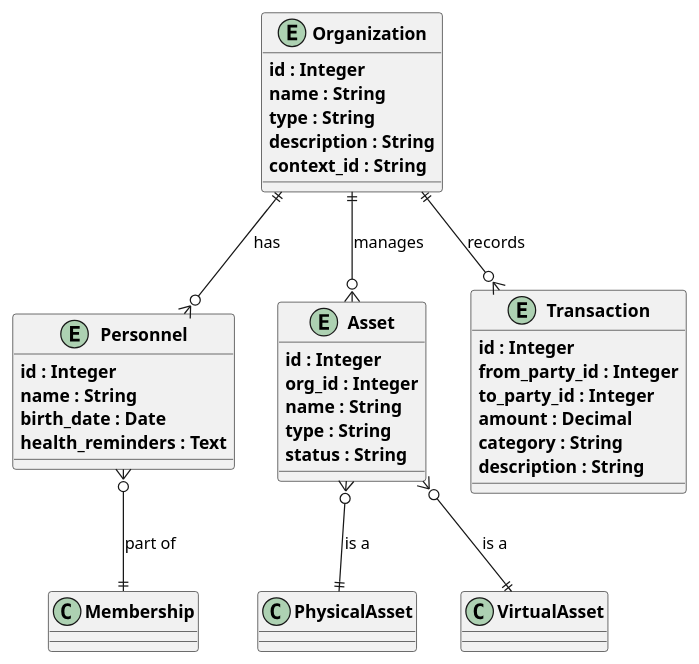
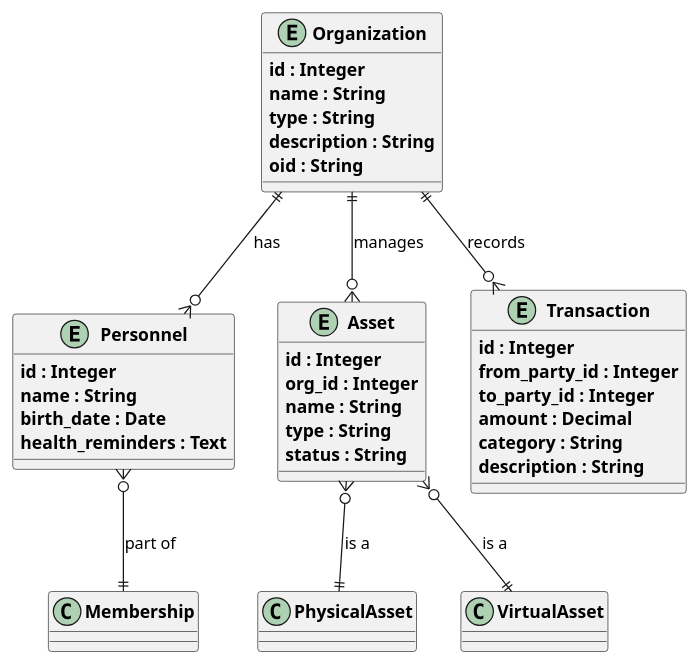
Before and after one commit to qiancy/ur-agent: the diagram in agents/PM_AGENT.md, drawn with PlantUML. The commit also changed 21 other files, not shown here.

````diff
--- a/agents/PM_AGENT.md
+++ b/agents/PM_AGENT.md
@@ -444,60 +444,60 @@
 ```plantuml
 @startuml
 ' 项目：Uni-Resource Agent
 ' 版本：1.0
 ' 作者：SA Team
 ' 日期：2026-07-21
 
 ' 统一风格设置
 skinparam {
     defaultTextAlignment center
     nodeBorderThickness 2
     interfaceBorderThickness 2
     classAttributeFontStyle bold
     classOperationFontStyle normal
 }
 
 ' 实体定义
 entity Organization {
     id : Integer
     name : String
     type : String
     description : String
-    context_id : String
+    oid : String
 }
 
 entity Personnel {
     id : Integer
     name : String
     birth_date : Date
     health_reminders : Text
 }
 
 entity Asset {
     id : Integer
     org_id : Integer
     name : String
     type : String
     status : String
 }
 
 entity Transaction {
     id : Integer
     from_party_id : Integer
     to_party_id : Integer
     amount : Decimal
     category : String
     description : String
 }
 
 ' 关系定义
 Organization ||--o{ Personnel : "has"
 Organization ||--o{ Asset : "manages"
 Organization ||--o{ Transaction : "records"
 
 Personnel }o--|| Membership : "part of"
 Asset }o--|| PhysicalAsset : "is a"
 Asset }o--|| VirtualAsset : "is a"
 
 @enduml
 ```
````
